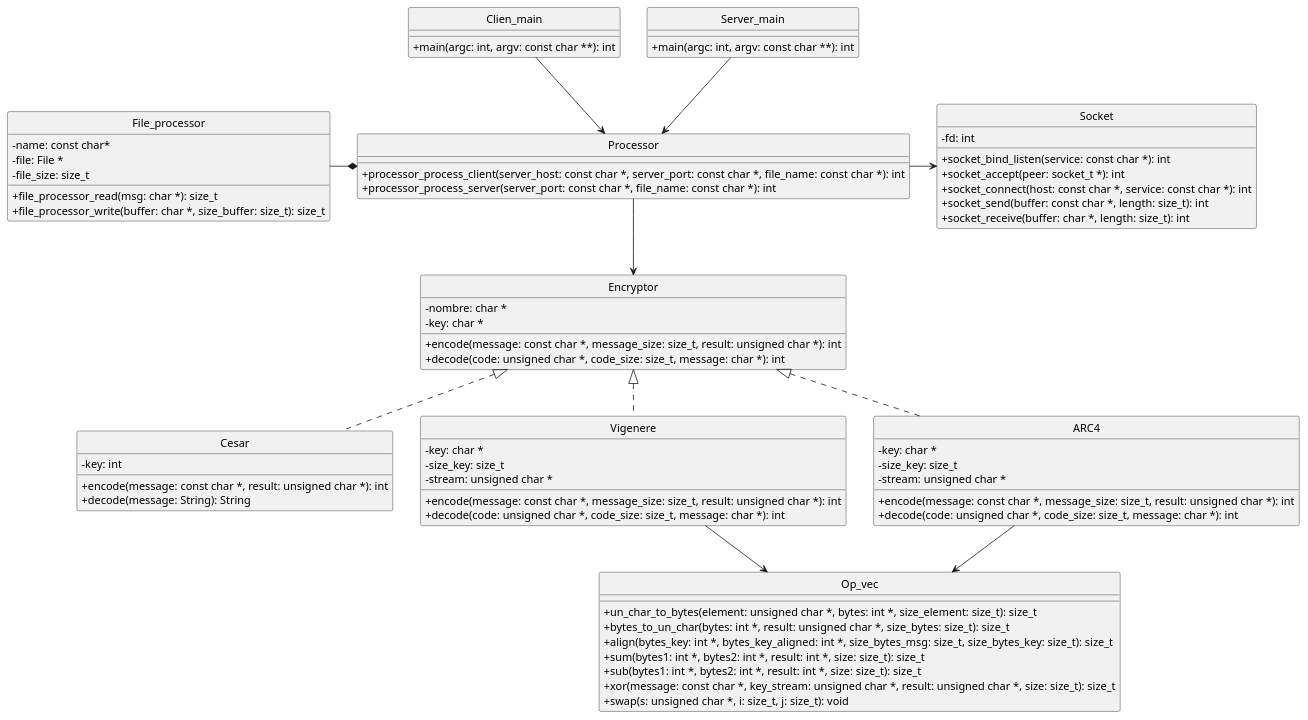
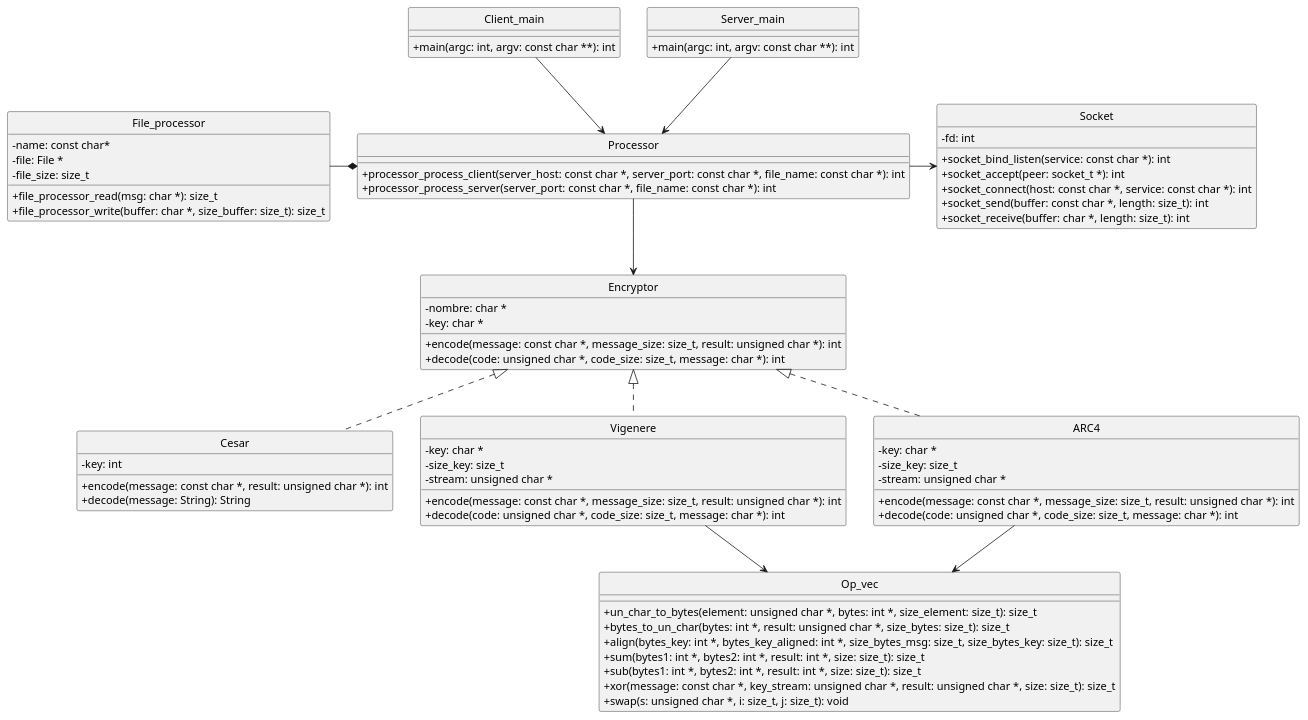
The diagram in Diagramas/Puml/modelo.puml (Alex1161/tp1), drawn with PlantUML before and after one commit. The commit also changed 4 other files, not shown here.

```diff
--- a/Diagramas/Puml/modelo.puml
+++ b/Diagramas/Puml/modelo.puml
@@ -1,86 +1,86 @@
-@startuml DC general
+@startuml DC
 hide circles
 skinparam ClassAttributeIconSize 0
 hide interface fields
 
 Class Cesar{
     -key: int
     +encode(message: const char *, result: unsigned char *): int
     +decode(message: String): String
 }
 
 Class Vigenere{
     -key: char *
     -size_key: size_t
     -stream: unsigned char *
     +encode(message: const char *, message_size: size_t, result: unsigned char *): int
     +decode(code: unsigned char *, code_size: size_t, message: char *): int
 }
 
 Class ARC4{
     -key: char *
     -size_key: size_t
     -stream: unsigned char *
     +encode(message: const char *, message_size: size_t, result: unsigned char *): int
     +decode(code: unsigned char *, code_size: size_t, message: char *): int
 }
 
 Class Encryptor{
     -nombre: char *
     -key: char *
     +encode(message: const char *, message_size: size_t, result: unsigned char *): int
     +decode(code: unsigned char *, code_size: size_t, message: char *): int
 }
 
 Class Socket{
     -fd: int
     +socket_bind_listen(service: const char *): int
     +socket_accept(peer: socket_t *): int
     +socket_connect(host: const char *, service: const char *): int
     +socket_send(buffer: const char *, length: size_t): int
     +socket_receive(buffer: char *, length: size_t): int
 }
 
 Class File_processor{
     -name: const char*
     -file: File *
     -file_size: size_t
     +file_processor_read(msg: char *): size_t
     +file_processor_write(buffer: char *, size_buffer: size_t): size_t
 }
 
 class Processor{
     +processor_process_client(server_host: const char *, server_port: const char *, file_name: const char *): int
     +processor_process_server(server_port: const char *, file_name: const char *): int
 }
 
 Class Op_vec{
     +un_char_to_bytes(element: unsigned char *, bytes: int *, size_element: size_t): size_t
     +bytes_to_un_char(bytes: int *, result: unsigned char *, size_bytes: size_t): size_t
     +align(bytes_key: int *, bytes_key_aligned: int *, size_bytes_msg: size_t, size_bytes_key: size_t): size_t
     +sum(bytes1: int *, bytes2: int *, result: int *, size: size_t): size_t
     +sub(bytes1: int *, bytes2: int *, result: int *, size: size_t): size_t
     +xor(message: const char *, key_stream: unsigned char *, result: unsigned char *, size: size_t): size_t
     +swap(s: unsigned char *, i: size_t, j: size_t): void
 }
 
-Class Clien_main{
+Class Client_main{
     +main(argc: int, argv: const char **): int
 }
 
 Class Server_main{
     +main(argc: int, argv: const char **): int
 }
 
 Cesar .up.|> Encryptor
 Vigenere .up.|> Encryptor
 ARC4 .up.|> Encryptor
 Processor *-left- File_processor
 Processor -right-> Socket
 Processor -down-> Encryptor
 Vigenere -down-> Op_vec
 ARC4 -down-> Op_vec
-Clien_main --> Processor
+Client_main --> Processor
 Server_main --> Processor
 
 @enduml
```
